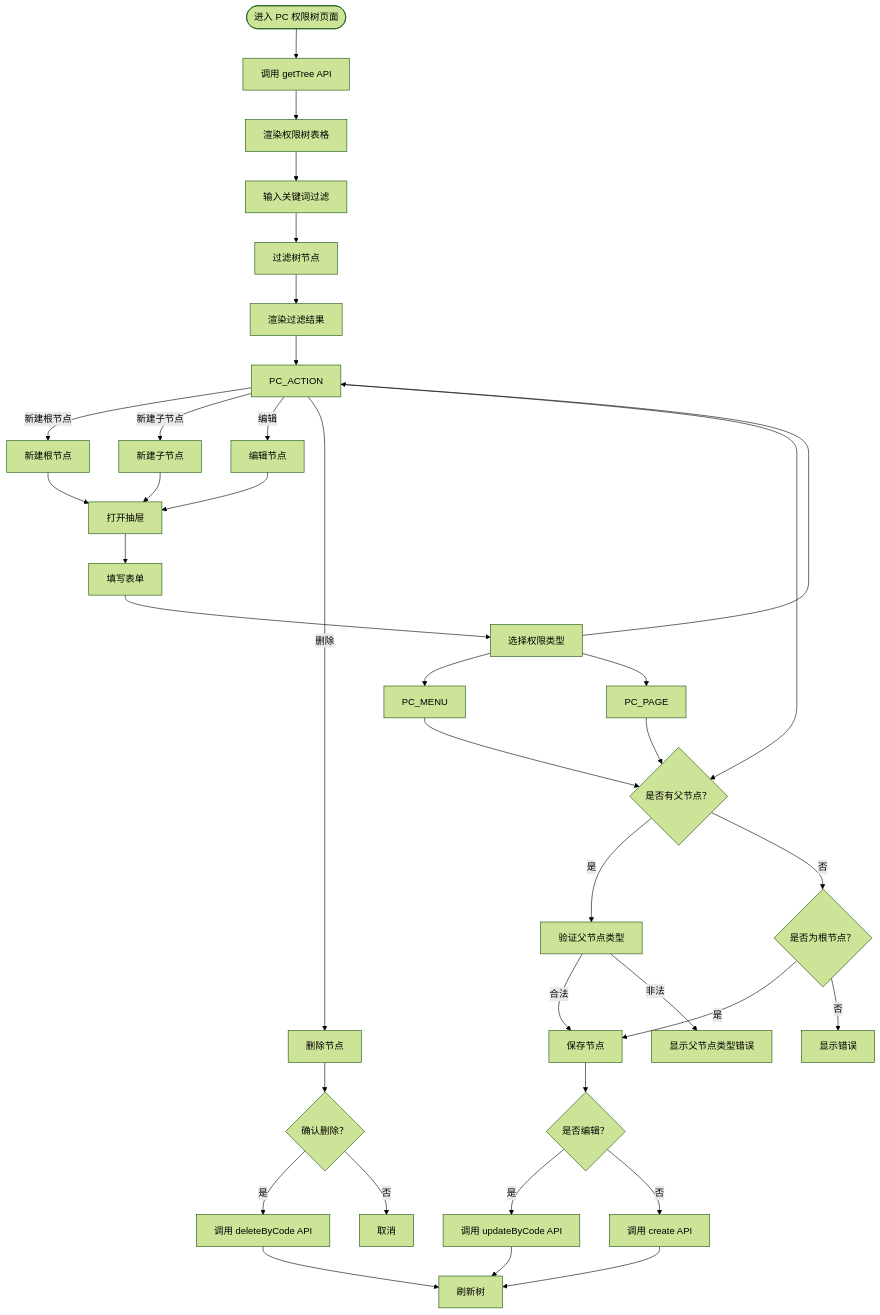
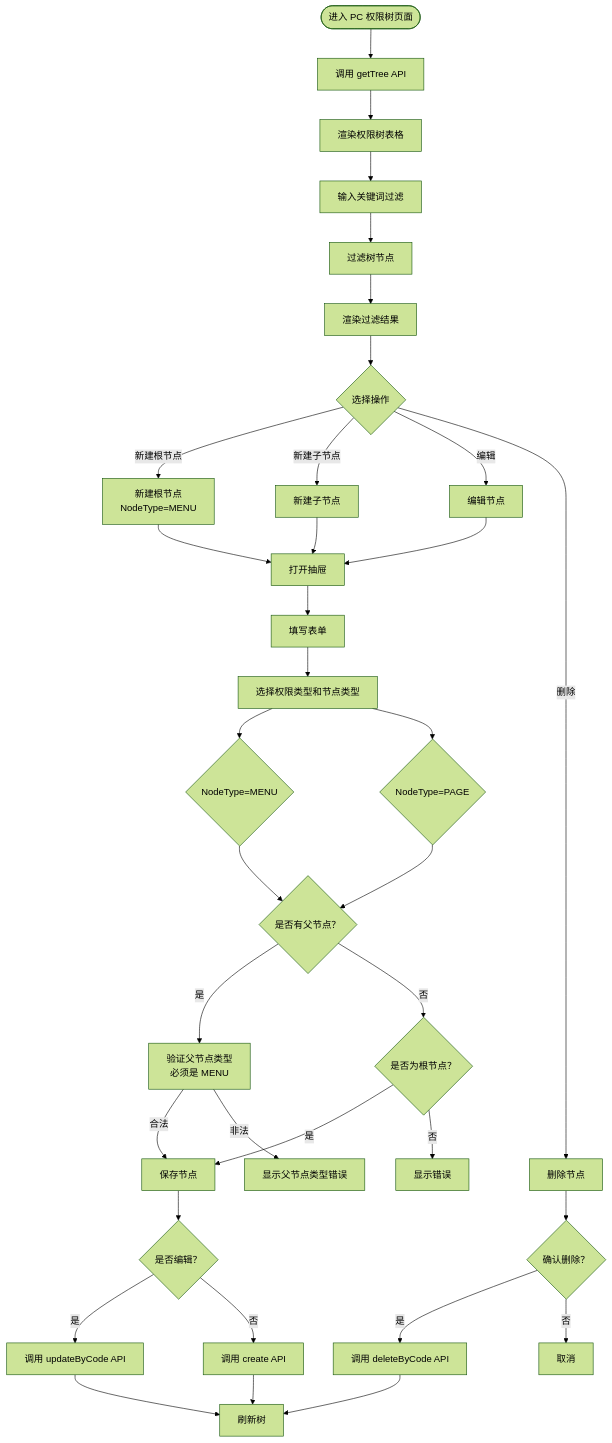
One commit to huyumo/moyan-mfw changed the first of 2 diagrams in docs/permission-management.md. Above: the diagram before and after it, drawn with Mermaid (forest theme). The commit also changed other lines of this file and 8 other files, not shown here.

````diff
--- a/docs/permission-management.md
+++ b/docs/permission-management.md
@@ -26,49 +26,47 @@
 ```mermaid
 flowchart TD
     Start([进入 PC 权限树页面]) --> LoadTree[调用 getTree API]
     LoadTree --> RenderTree[渲染权限树表格]
 
     RenderTree --> Search[输入关键词过滤]
     Search --> FilterTree[过滤树节点]
     FilterTree --> RenderFiltered[渲染过滤结果]
 
     RenderFiltered --> Action{选择操作}
-    Action -->|新建根节点 | CreateRoot[新建根节点]
+    Action -->|新建根节点 | CreateRoot[新建根节点<br/>NodeType=MENU]
     Action -->|新建子节点 | CreateChild[新建子节点]
     Action -->|编辑 | EditNode[编辑节点]
     Action -->|删除 | DeleteNode[删除节点]
 
     CreateRoot --> OpenDrawer[打开抽屉]
     CreateChild --> OpenDrawer
     EditNode --> OpenDrawer
 
     OpenDrawer --> FillForm[填写表单]
-    FillForm --> SelectType[选择权限类型]
-    SelectType --> Menu[PC_MENU]
-    SelectType --> Page[PC_PAGE]
-    SelectType --> Action[PC_ACTION]
+    FillForm --> SelectType[选择权限类型和节点类型]
+    SelectType --> Menu{NodeType=MENU}
+    SelectType --> Page{NodeType=PAGE}
 
     Menu --> ParentCheck{是否有父节点？}
     Page --> ParentCheck
-    Action --> ParentCheck
 
-    ParentCheck -->|是 | ValidateParent[验证父节点类型]
+    ParentCheck -->|是 | ValidateParent[验证父节点类型<br/>必须是 MENU]
     ValidateParent -->|合法 | SaveNode[保存节点]
     ValidateParent -->|非法 | ShowParentError[显示父节点类型错误]
 
     ParentCheck -->|否 | RootCheck{是否为根节点？}
     RootCheck -->|是 | SaveNode
     RootCheck -->|否 | ShowError[显示错误]
 
     SaveNode --> IsEdit{是否编辑？}
     IsEdit -->|是 | UpdateAPI[调用 updateByCode API]
     IsEdit -->|否 | CreateAPI[调用 create API]
 
     UpdateAPI --> RefreshTree[刷新树]
     CreateAPI --> RefreshTree
 
     DeleteNode --> Confirm{确认删除？}
     Confirm -->|是 | DeleteAPI[调用 deleteByCode API]
     Confirm -->|否 | Cancel1[取消]
     DeleteAPI --> RefreshTree
 ```
````
